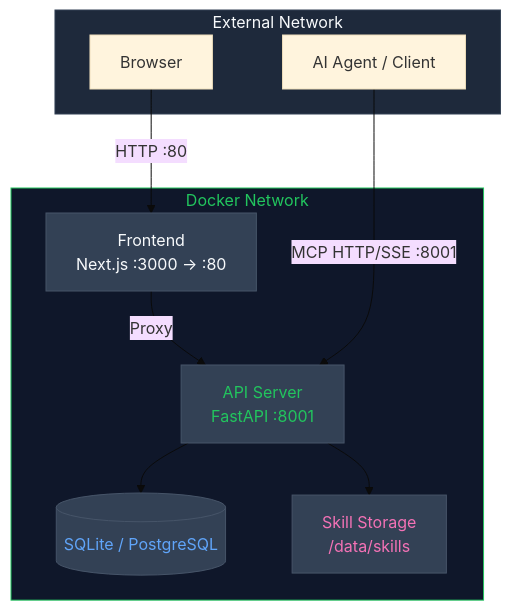
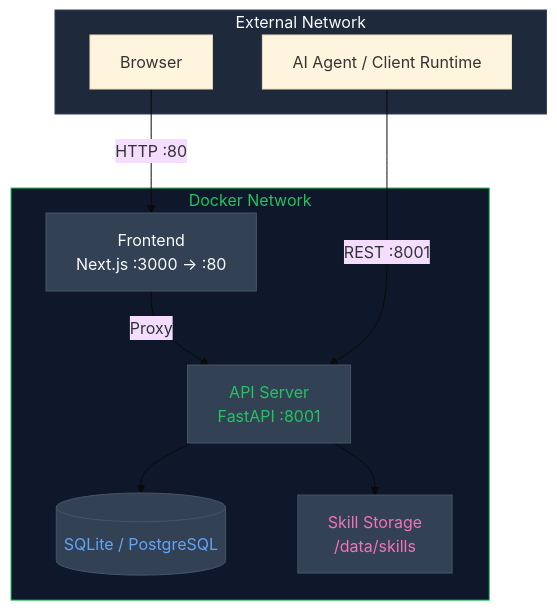
One commit to jiabai/open-skillhub changed the first of 2 diagrams in README.md. Above: the diagram before and after it, drawn with Mermaid (base theme). The commit also changed other lines of this file and 18 other files, not shown here.

````diff
--- a/README.md
+++ b/README.md
@@ -132,27 +127,27 @@
 ```mermaid
 graph TB
     subgraph External["External Network"]
         Browser["Browser"]
-        AIAgent["AI Agent / Client"]
+        AIAgent["AI Agent / Client Runtime"]
     end
 
     subgraph Docker["Docker Network"]
         Frontend["Frontend<br/>Next.js :3000 → :80"]
         API["API Server<br/>FastAPI :8001"]
         DB[(SQLite / PostgreSQL)]
         Storage["Skill Storage<br/>/data/skills"]
     end
 
     Browser -->|HTTP :80| Frontend
     Frontend -->|Proxy| API
-    AIAgent -->|MCP HTTP/SSE :8001| API
+    AIAgent -->|REST :8001| API
     API --> DB
     API --> Storage
 
     style External fill:#1e293b,stroke:#334155,color:#f8fafc
     style Docker fill:#0f172a,stroke:#22c55e,color:#22c55e
     style Frontend fill:#334155,stroke:#475569,color:#f8fafc
     style API fill:#334155,stroke:#475569,color:#22c55e
     style DB fill:#334155,stroke:#475569,color:#60a5fa
     style Storage fill:#334155,stroke:#475569,color:#f472b6
 ```
````
